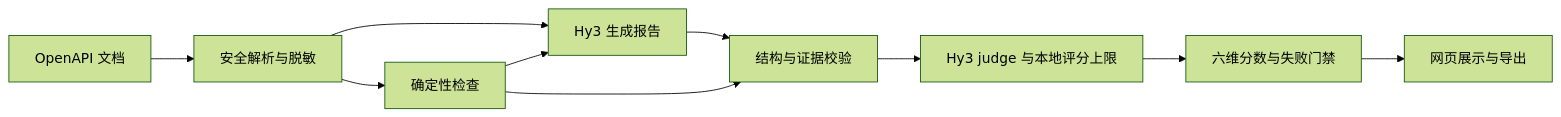
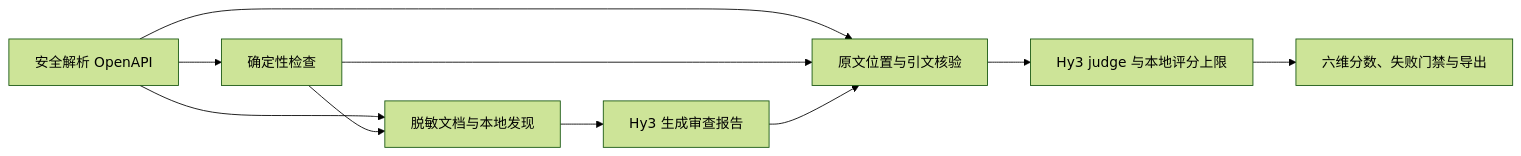
One commit to Kanghz87/hy3-api-review-evaluator changed the diagram in README.md. Above: the diagram before and after it, drawn with Mermaid (forest theme). The commit also changed other lines of this file and 5 other files, not shown here.

````diff
--- a/README.md
+++ b/README.md
@@ -116,12 +141,12 @@
 ```mermaid
 flowchart LR
-    A[OpenAPI 文档] --> B[安全解析与脱敏]
-    B --> C[确定性检查]
-    B --> D[Hy3 生成报告]
-    C --> D
-    D --> E[结构与证据校验]
-    C --> E
+    A[安全解析 OpenAPI] --> B[确定性检查]
+    A --> C[脱敏文档与本地发现]
+    B --> C
+    C --> D[Hy3 生成审查报告]
+    A --> E[原文位置与引文核验]
+    B --> E
+    D --> E
     E --> F[Hy3 judge 与本地评分上限]
-    F --> G[六维分数与失败门禁]
-    G --> H[网页展示与导出]
+    F --> G[六维分数、失败门禁与导出]
 ```
````
